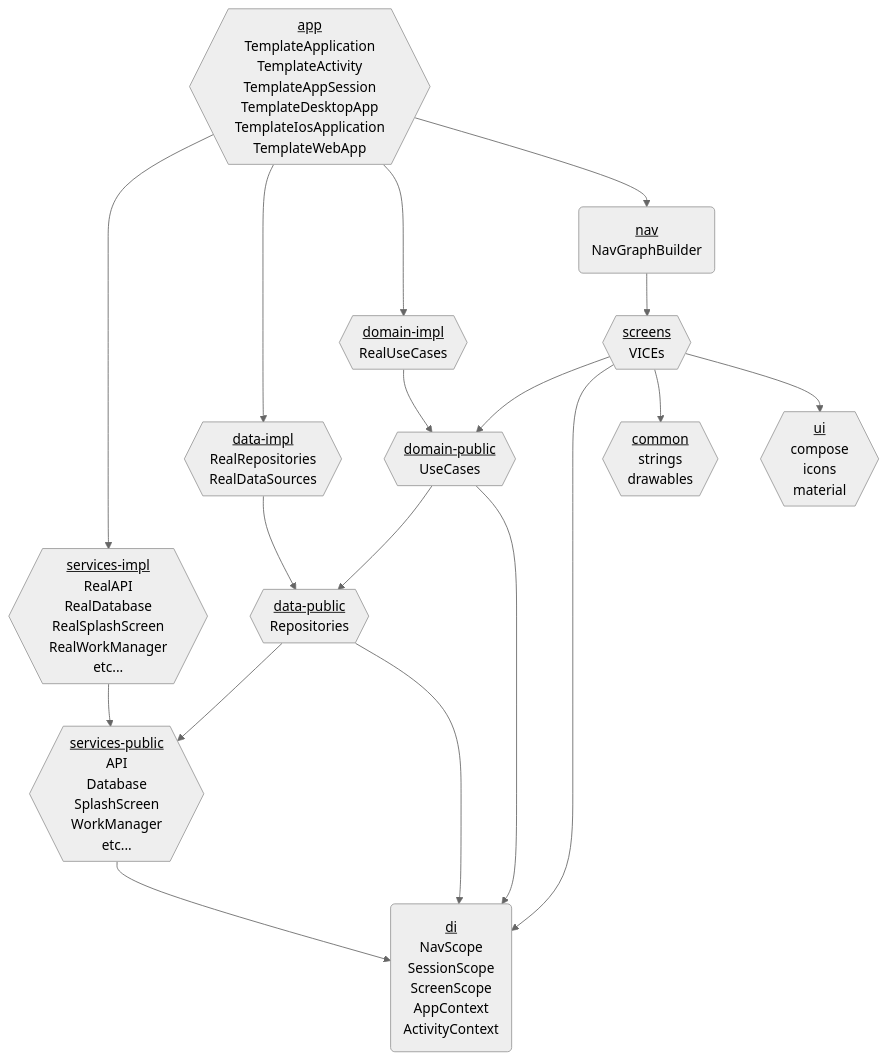
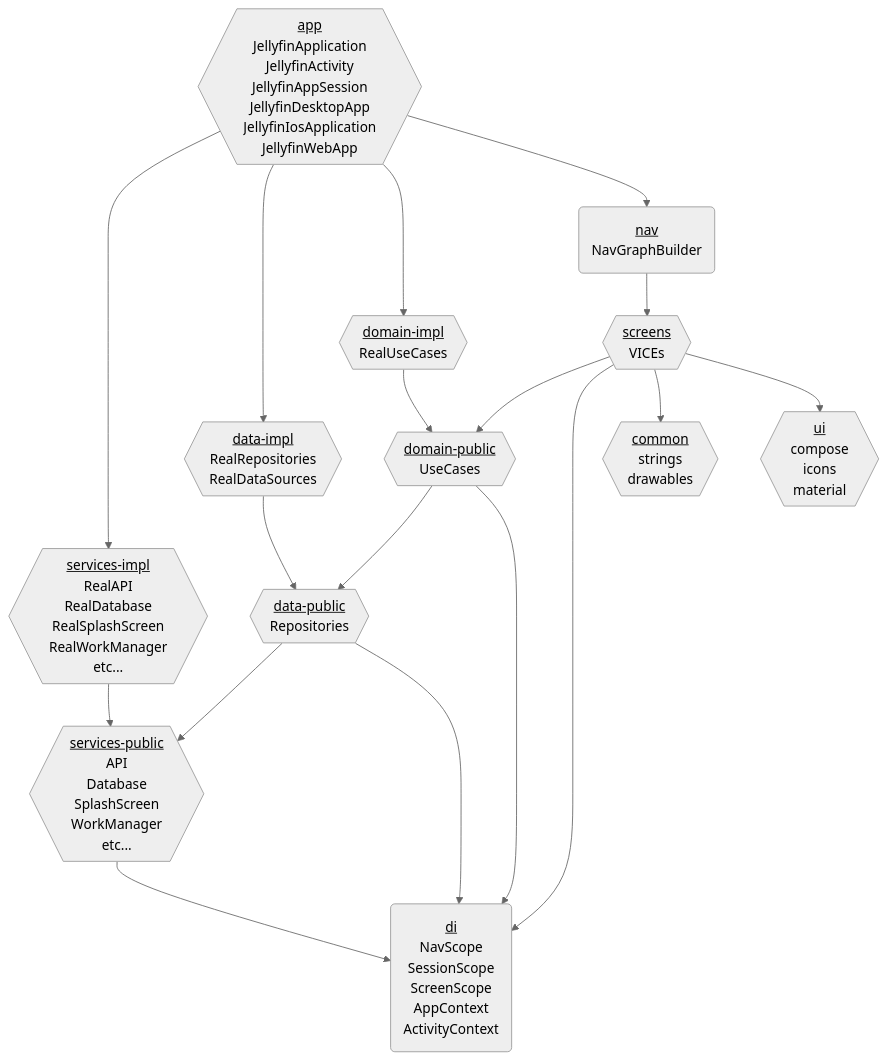
The diagram in .docs/ProjectLayout.md (eygraber/jellyfin-kmp), drawn with Mermaid (neutral theme) before and after one commit. The commit also changed other lines of this file and 360 other files, not shown here.

Commit message:
Generated jellyfin-kmp from template

````diff
--- a/.docs/ProjectLayout.md
+++ b/.docs/ProjectLayout.md
@@ -11,28 +11,28 @@
 ```mermaid
 graph TD;
-    app{{<span style='text-decoration:underline'>app</span><br/>TemplateApplication<br/>TemplateActivity<br/>TemplateAppSession<br/>TemplateDesktopApp<br/>TemplateIosApplication<br/>TemplateWebApp}};
+    app{{<span style='text-decoration:underline'>app</span><br/>JellyfinApplication<br/>JellyfinActivity<br/>JellyfinAppSession<br/>JellyfinDesktopApp<br/>JellyfinIosApplication<br/>JellyfinWebApp}};
     common{{<span style='text-decoration:underline'>common</span><br/>strings<br/>drawables}};
     data-impl{{<span style='text-decoration:underline'>data-impl</span><br/>RealRepositories<br/>RealDataSources}};
     data-public{{<span style='text-decoration:underline'>data-public</span><br/>Repositories}};
     di(<span style='text-decoration:underline'>di</span><br/>NavScope<br/>SessionScope<br/>ScreenScope<br/>AppContext<br/>ActivityContext);
     domain-impl{{<span style='text-decoration:underline'>domain-impl</span><br/>RealUseCases}};
     domain-public{{<span style='text-decoration:underline'>domain-public</span><br/>UseCases}};
     nav(<span style='text-decoration:underline'>nav</span><br/>NavGraphBuilder);
     screens{{<span style='text-decoration:underline'>screens</span><br/>VICEs}};
     services-impl{{<span style='text-decoration:underline'>services-impl</span><br/>RealAPI<br/>RealDatabase<br/>RealSplashScreen<br/>RealWorkManager<br/>etc...}};
     services-public{{<span style='text-decoration:underline'>services-public</span><br/>API<br/>Database<br/>SplashScreen<br/>WorkManager<br/>etc...}};
     ui{{<span style='text-decoration:underline'>ui</span><br/>compose<br/>icons<br/>material}};
     app-->services-impl-->services-public;
     app-->data-impl-->data-public;
     app-->domain-impl-->domain-public;
     app-->nav-->screens;
     data-public-->services-public;
     services-public-->di;
     data-public-->di;
     domain-public-->data-public;
     domain-public-->di;
     screens-->domain-public;
     screens-->di;
     screens-->common;
     screens-->ui;
 ```
````
